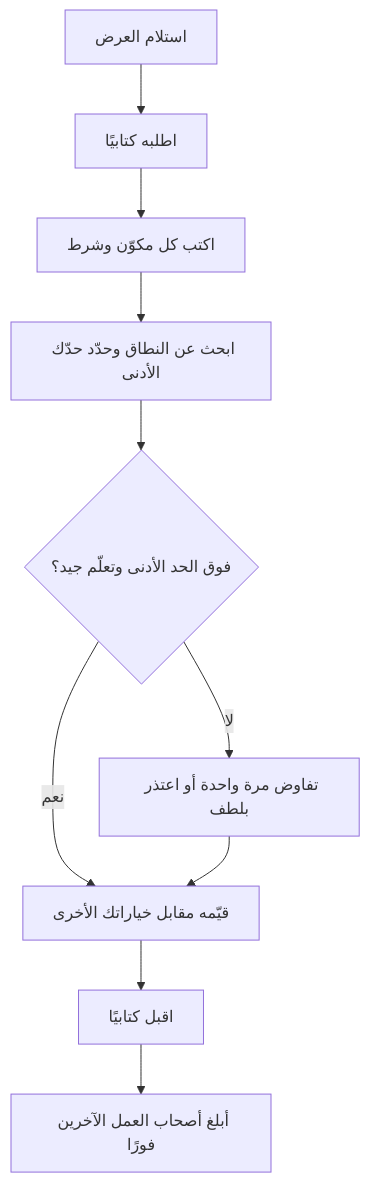
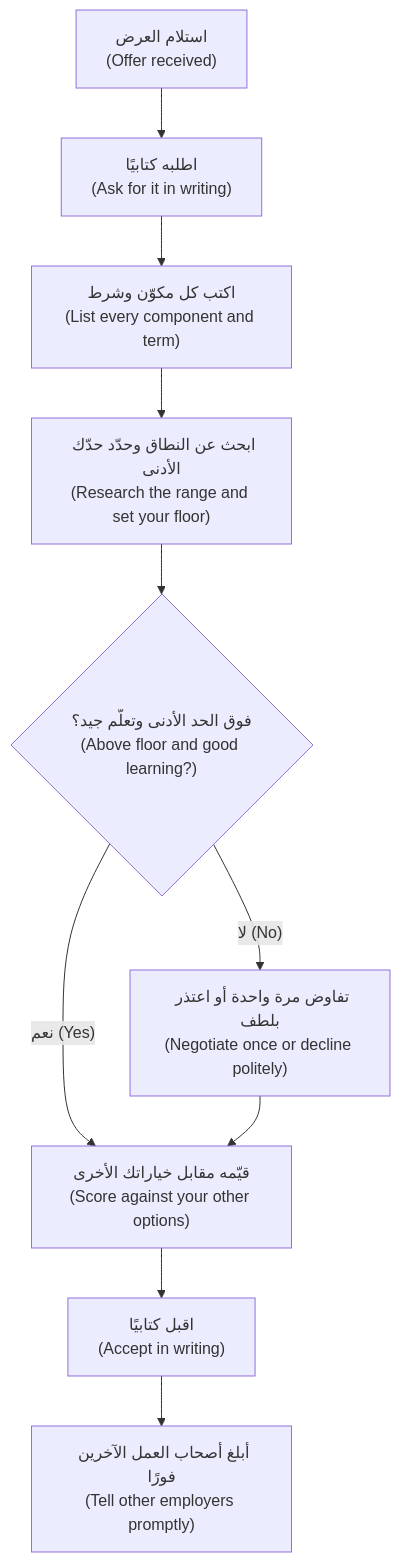
One commit to Tamoura/system-design-for-vibe-coders changed the first of 3 diagrams in career/modules/06-first-job.ar.md. Above: the diagram before and after it, drawn with Mermaid. The commit also changed other lines of this file and 20 other files, not shown here.

First line of the commit message:
New courses: Arabic diagrams read right-to-left with English labels (modules 0–6)

````diff
--- a/career/modules/06-first-job.ar.md
+++ b/career/modules/06-first-job.ar.md
@@ -63,12 +63,12 @@
 ```mermaid
 flowchart TD
-    A["استلام العرض"] --> B["اطلبه كتابيًا"]
-    B --> C["اكتب كل مكوّن وشرط"]
-    C --> D["ابحث عن النطاق وحدّد حدّك الأدنى"]
-    D --> E{"فوق الحد الأدنى وتعلّم جيد؟"}
-    E -->|"لا"| F["تفاوض مرة واحدة أو اعتذر بلطف"]
-    E -->|"نعم"| G["قيّمه مقابل خياراتك الأخرى"]
+    A["استلام العرض<br/>(Offer received)"] --> B["اطلبه كتابيًا<br/>(Ask for it in writing)"]
+    B --> C["اكتب كل مكوّن وشرط<br/>(List every component and term)"]
+    C --> D["ابحث عن النطاق وحدّد حدّك الأدنى<br/>(Research the range and set your floor)"]
+    D --> E{"فوق الحد الأدنى وتعلّم جيد؟<br/>(Above floor and good learning?)"}
+    E -->|"لا (No)"| F["تفاوض مرة واحدة أو اعتذر بلطف<br/>(Negotiate once or decline politely)"]
+    E -->|"نعم (Yes)"| G["قيّمه مقابل خياراتك الأخرى<br/>(Score against your other options)"]
     F --> G
-    G --> H["اقبل كتابيًا"]
-    H --> I["أبلغ أصحاب العمل الآخرين فورًا"]
+    G --> H["اقبل كتابيًا<br/>(Accept in writing)"]
+    H --> I["أبلغ أصحاب العمل الآخرين فورًا<br/>(Tell other employers promptly)"]
 ```
````
